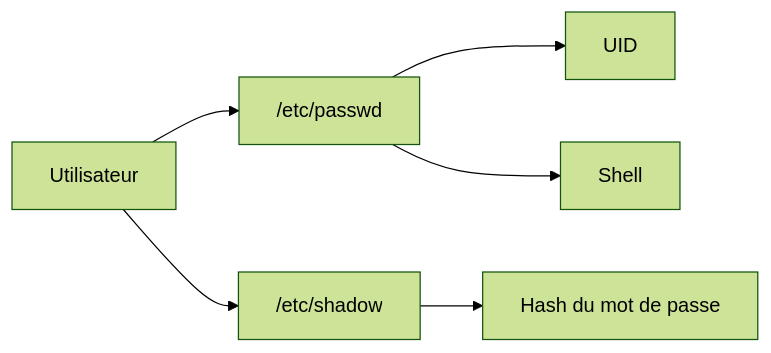
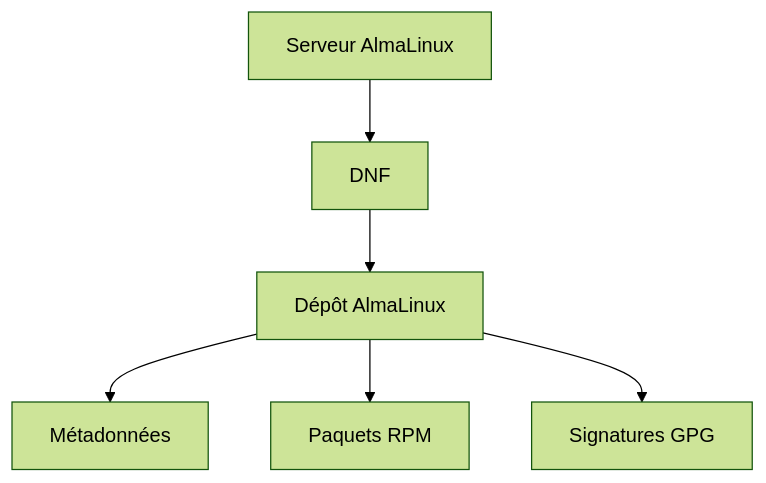
One commit to tdelaclos/formations changed the fifth of 20 diagrams in campagne 1/1.5.md. Above: the diagram before and after it, drawn with Mermaid (forest theme). The commit also changed other lines of this file, not shown here.

````diff
--- a/campagne 1/1.5.md
+++ b/campagne 1/1.5.md
@@ -450,22 +312,15 @@
 ```mermaid
-flowchart LR
+flowchart TD
 
-A["Utilisateur"]
+A["Serveur AlmaLinux"]
 
-B["/etc/passwd"]
+A --> B["DNF"]
 
-C["UID"]
+B --> C["Dépôt AlmaLinux"]
 
-D["Shell"]
+C --> D["Métadonnées"]
 
-E["/etc/shadow"]
+C --> E["Paquets RPM"]
 
-F["Hash du mot de passe"]
-
-A --> B
-B --> C
-B --> D
-
-A --> E
-E --> F
+C --> F["Signatures GPG"]
 ```
````
